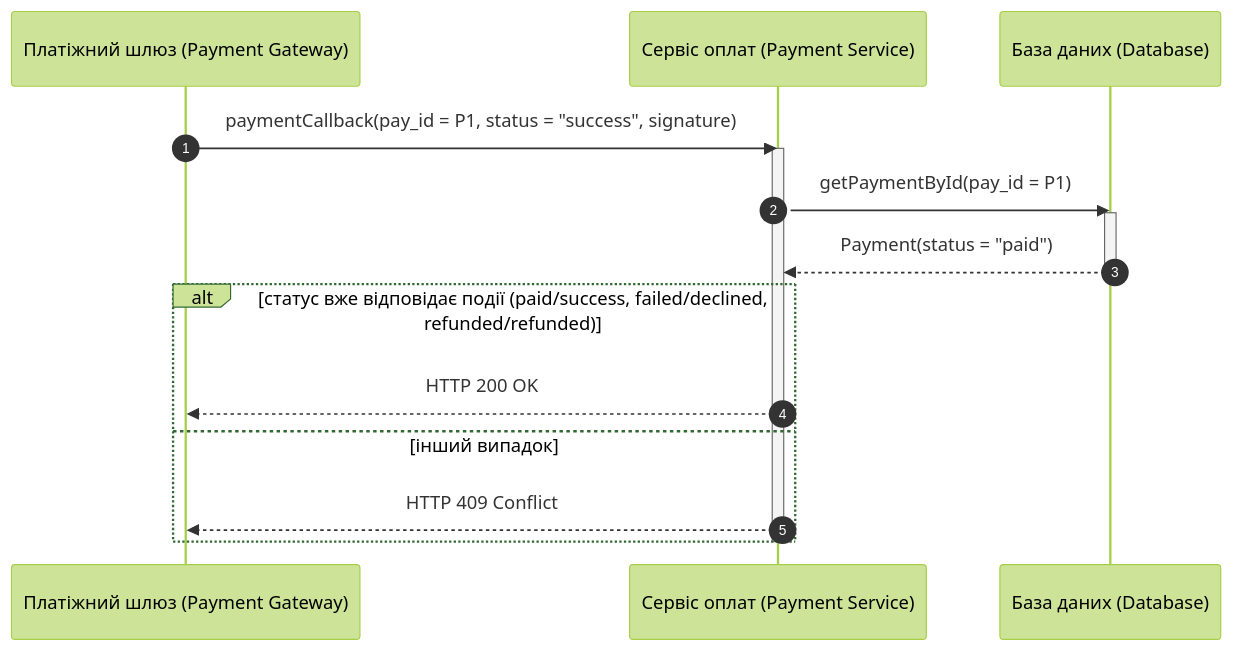
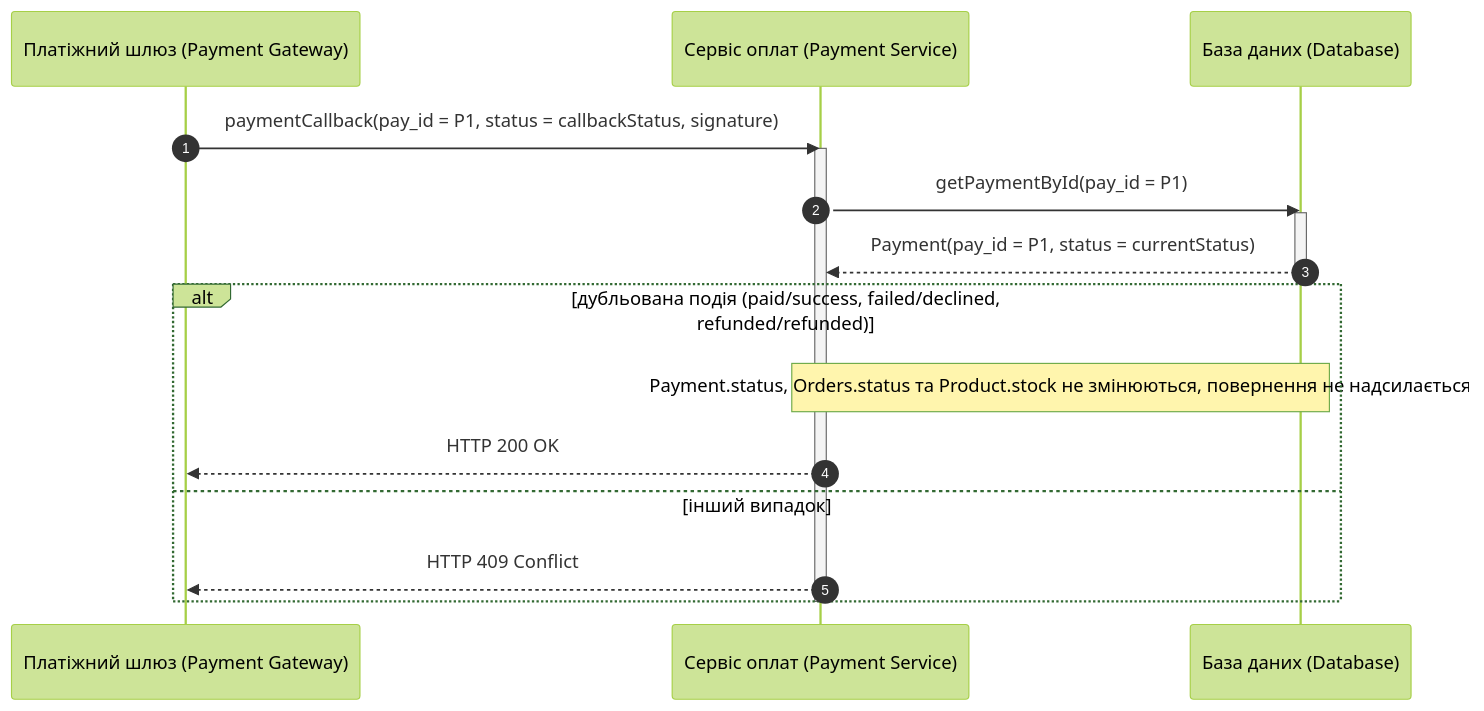
The seventh of 15 diagrams in Lab3/diagram.md (hutnichs/KPI_MAVPZ), drawn with Mermaid (forest theme) before and after one commit. The commit also changed other lines of this file, not shown here.

Commit message:
Clarified order status checks in payment

````diff
--- a/Lab3/diagram.md
+++ b/Lab3/diagram.md
@@ -273,21 +284,22 @@
 ```mermaid
 sequenceDiagram
     autonumber
     participant PGW as Платіжний шлюз (Payment Gateway)
     participant PS as Сервіс оплат (Payment Service)
     participant DB as База даних (Database)
 
-    PGW->>PS: paymentCallback(pay_id = P1, status = "success", signature)
+    PGW->>PS: paymentCallback(pay_id = P1, status = callbackStatus, signature)
     activate PS
     PS->>DB: getPaymentById(pay_id = P1)
     activate DB
-    DB-->>PS: Payment(status = "paid")
+    DB-->>PS: Payment(pay_id = P1, status = currentStatus)
     deactivate DB
 
-    alt статус вже відповідає події (paid/success, failed/declined, refunded/refunded)
+    alt дубльована подія (paid/success, failed/declined, refunded/refunded)
+        Note over PS,DB: Payment.status, Orders.status та Product.stock не змінюються, повернення не надсилається
         PS-->>PGW: HTTP 200 OK
     else інший випадок
         PS-->>PGW: HTTP 409 Conflict
     end
     deactivate PS
 ```
````
